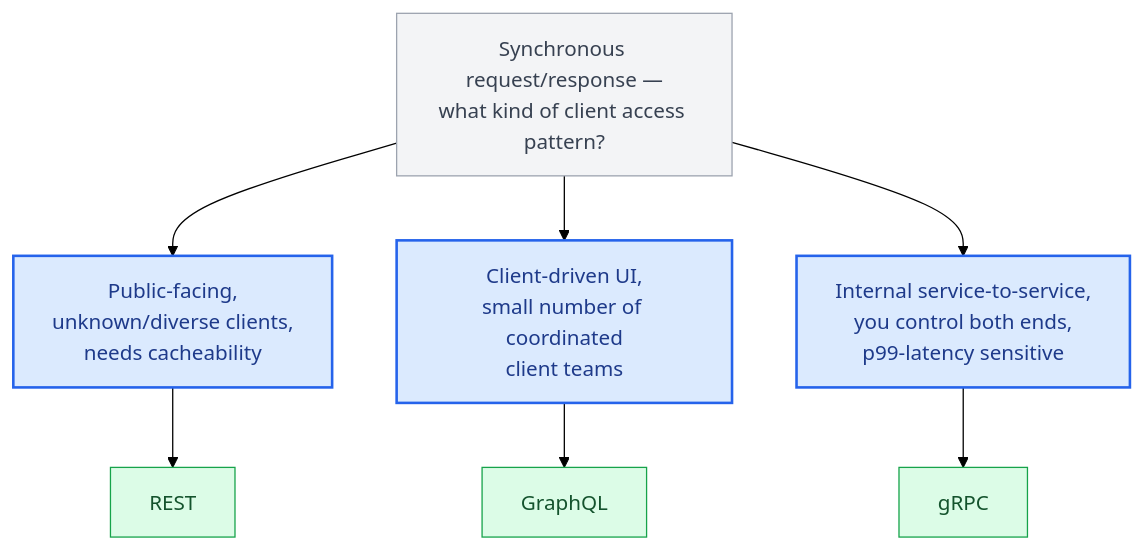
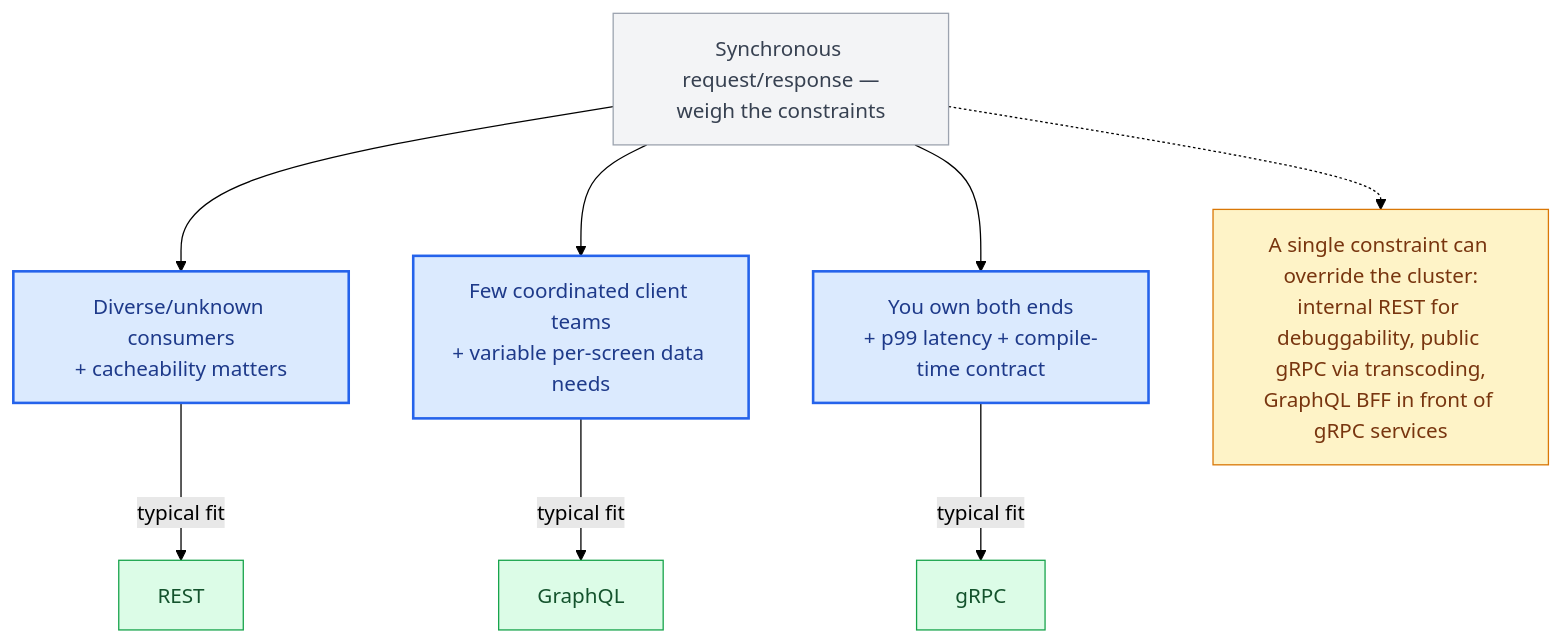
Before and after one commit to Nishamol/api-architecture-book: the second of 3 diagrams in part1-foundations/01-introduction.md, drawn with Mermaid (forest theme). The commit also changed other lines of this file and 2 other files, not shown here.

````diff
--- a/part1-foundations/01-introduction.md
+++ b/part1-foundations/01-introduction.md
@@ -107,19 +144,23 @@
 ```mermaid
 flowchart TB
-    Q["Synchronous request/response —<br/>what kind of client access pattern?"]
-    Q --> A["Public-facing,<br/>unknown/diverse clients,<br/>needs cacheability"]
-    Q --> B["Client-driven UI,<br/>small number of coordinated<br/>client teams"]
-    Q --> C["Internal service-to-service,<br/>you control both ends,<br/>p99-latency sensitive"]
+    C["Synchronous request/response —<br/>weigh the constraints"]
+    C --> F1["Diverse/unknown consumers<br/>+ cacheability matters"]
+    C --> F2["Few coordinated client teams<br/>+ variable per-screen data needs"]
+    C --> F3["You own both ends<br/>+ p99 latency + compile-time contract"]
 
-    A --> REST["REST"]
-    B --> GraphQL["GraphQL"]
-    C --> gRPC["gRPC"]
+    F1 -->|typical fit| REST["REST"]
+    F2 -->|typical fit| GraphQL["GraphQL"]
+    F3 -->|typical fit| gRPC["gRPC"]
+
+    C -.-> Note["A single constraint can override the cluster:<br/>internal REST for debuggability, public gRPC via transcoding,<br/>GraphQL BFF in front of gRPC services"]
 
     classDef neutral fill:#f3f4f6,stroke:#9ca3af,color:#374151
     classDef client fill:#dbeafe,stroke:#2563eb,color:#1e3a8a,stroke-width:2px
     classDef success fill:#dcfce7,stroke:#16a34a,color:#14532d
+    classDef warn fill:#fef3c7,stroke:#d97706,color:#78350f
 
-    class Q neutral
-    class A,B,C client
+    class C neutral
+    class F1,F2,F3 client
     class REST,GraphQL,gRPC success
+    class Note warn
 ```
````
